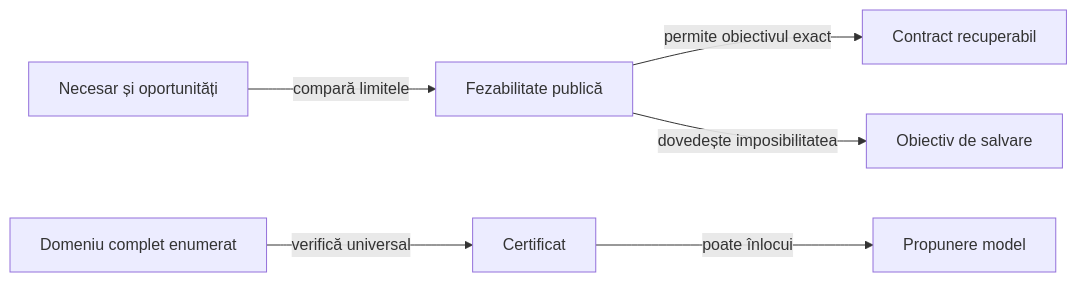
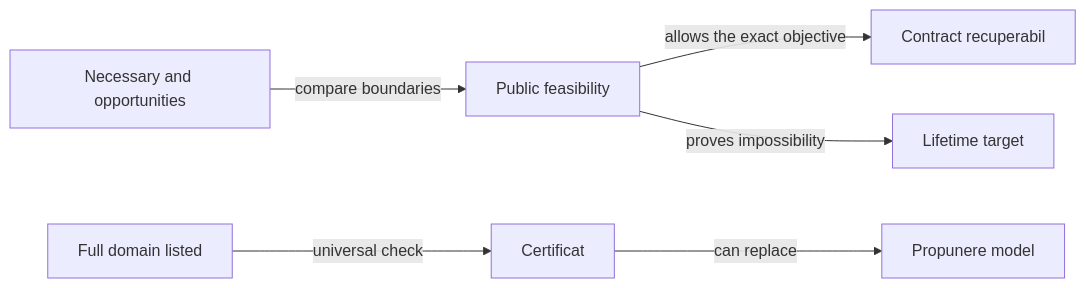
The second of 2 diagrams in docs/ai/ATF_DecisionModel.md (crististefanita/atf_j4), drawn with Mermaid before and after one commit. The commit also changed other lines of this file and 122 other files, not shown here.

````diff
--- a/docs/ai/ATF_DecisionModel.md
+++ b/docs/ai/ATF_DecisionModel.md
@@ -109,8 +109,8 @@
 ```mermaid
 flowchart LR
-    QUOTA[Necesar și oportunități] -->|compară limitele| FEAS[Fezabilitate publică]
-    FEAS -->|permite obiectivul exact| EXACT[Contract recuperabil]
-    FEAS -->|dovedește imposibilitatea| SALV[Obiectiv de salvare]
-    DOMAIN[Domeniu complet enumerat] -->|verifică universal| CERT[Certificat]
-    CERT -->|poate înlocui| PROPOSAL[Propunere model]
+    QUOTA[Necessary and opportunities] -->|compare boundaries| FEAS[Public feasibility]
+    FEAS -->|allows the exact objective| EXACT[Contract recuperabil]
+    FEAS -->|proves impossibility| SALV[Lifetime target]
+    DOMAIN[Full domain listed] -->|universal check| CERT[Certificat]
+    CERT -->|can replace| PROPOSAL[Propunere model]
 ```
````
